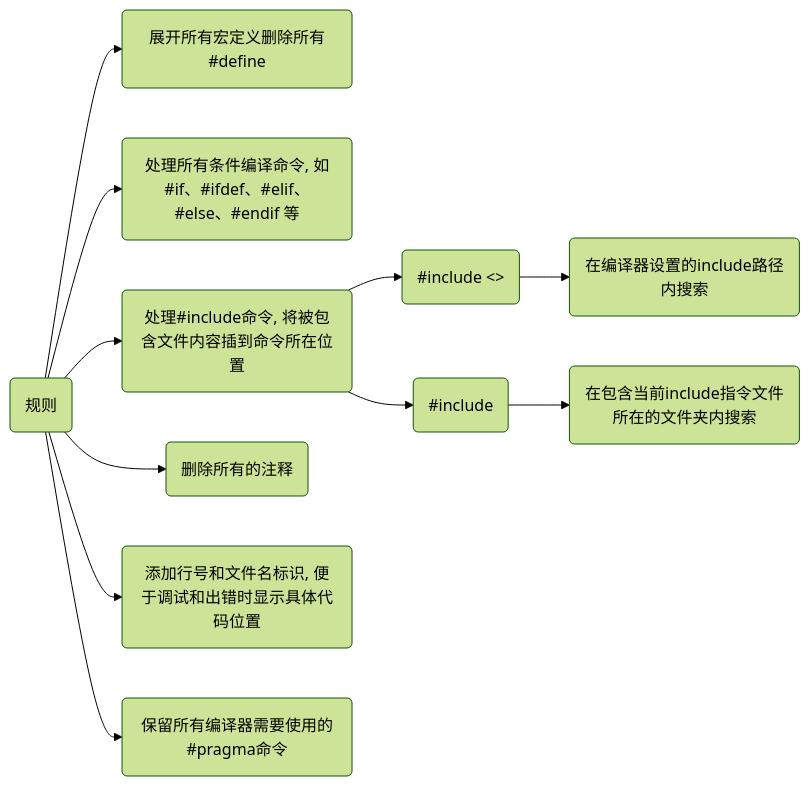
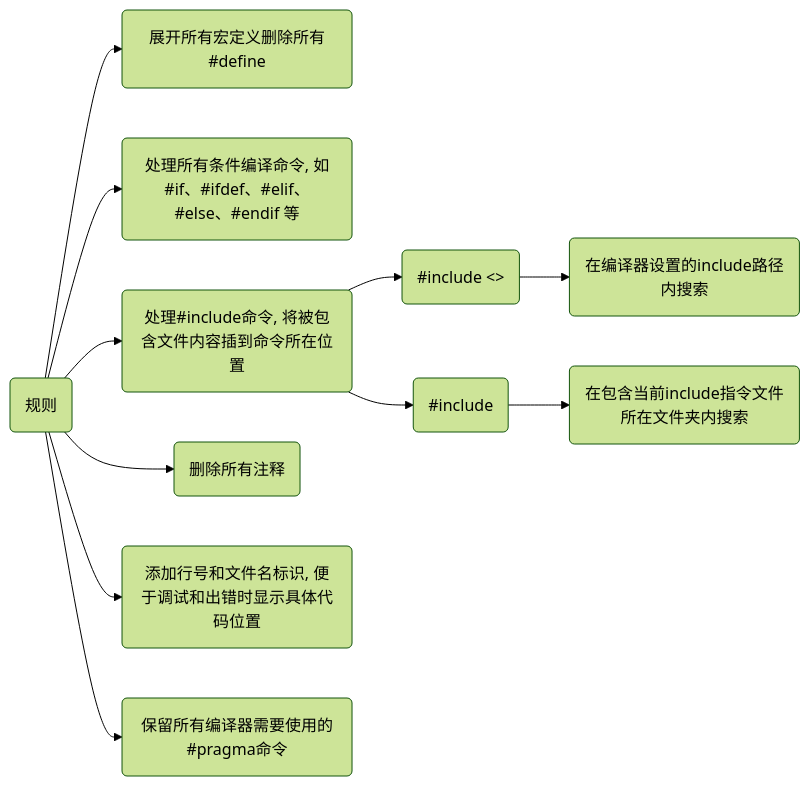
The second of 2 diagrams in _posts/Language/C&C++/Compile/2021-06-15-编译过程.md (dmjcb/dmjcb.github.io), drawn with Mermaid (forest theme) before and after one commit. The commit also changed other lines of this file and 74 other files, not shown here.

````diff
--- a/_posts/Language/C&C++/Compile/2021-06-15-编译过程.md
+++ b/_posts/Language/C&C++/Compile/2021-06-15-编译过程.md
@@ -63,12 +63,12 @@
 ```mermaid
 graph LR;
     A(规则)
     A --> B(展开所有宏定义删除所有#define)
     A --> C(处理所有条件编译命令, 如#if、#ifdef、#elif、#else、#endif 等)
     A --> D(处理#include命令, 将被包含文件内容插到命令所在位置)
         D --> D1(#include <>) --> D11(在编译器设置的include路径内搜索)
-        D --> D2(#include "") --> D21(在包含当前include指令文件所在的文件夹内搜索)
-    A --> E(删除所有的注释)
+        D --> D2(#include "") --> D21(在包含当前include指令文件所在文件夹内搜索)
+    A --> E(删除所有注释)
     A --> F(添加行号和文件名标识, 便于调试和出错时显示具体代码位置)
     A --> G(保留所有编译器需要使用的#pragma命令)
 ```
````
